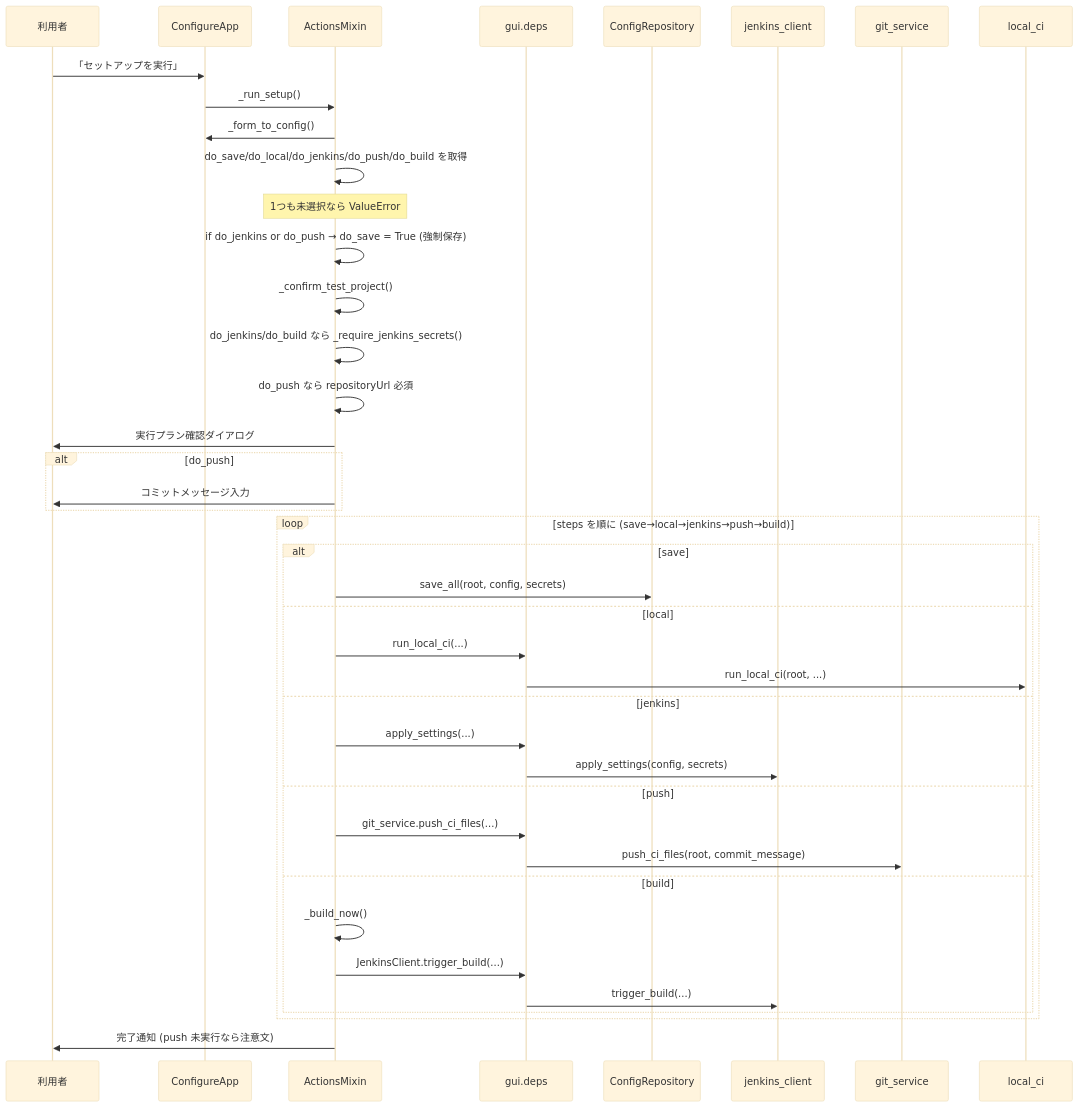
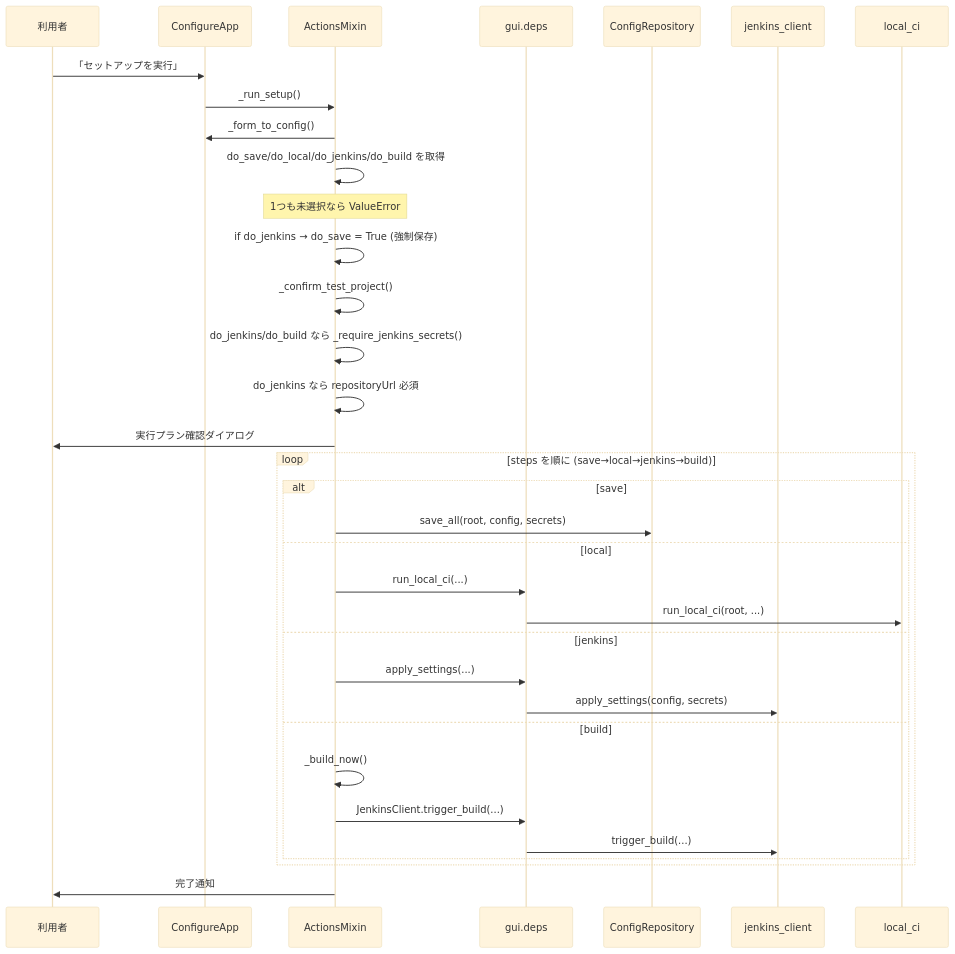
The eighth of 12 diagrams in docs/DESIGN.md (gt-ynakamatsu/ci-setup-tool), drawn with Mermaid (base theme) before and after one commit. The commit also changed other lines of this file and 17 other files, not shown here.

First line of the commit message:
Remove GUI Git push; CI lives only in the Jenkins job.

````diff
--- a/docs/DESIGN.md
+++ b/docs/DESIGN.md
@@ -857,44 +852,37 @@
 ```mermaid
 sequenceDiagram
     participant U as 利用者
     participant App as ConfigureApp
     participant Ops as ActionsMixin
     participant Deps as gui.deps
     participant Repo as ConfigRepository
     participant JC as jenkins_client
-    participant GS as git_service
     participant LC as local_ci
 
     U->>App: 「セットアップを実行」
     App->>Ops: _run_setup()
     Ops->>App: _form_to_config()
-    Ops->>Ops: do_save/do_local/do_jenkins/do_push/do_build を取得
+    Ops->>Ops: do_save/do_local/do_jenkins/do_build を取得
     Note over Ops: 1つも未選択なら ValueError
-    Ops->>Ops: if do_jenkins or do_push → do_save = True (強制保存)
+    Ops->>Ops: if do_jenkins → do_save = True (強制保存)
     Ops->>Ops: _confirm_test_project()
     Ops->>Ops: do_jenkins/do_build なら _require_jenkins_secrets()
-    Ops->>Ops: do_push なら repositoryUrl 必須
+    Ops->>Ops: do_jenkins なら repositoryUrl 必須
     Ops->>U: 実行プラン確認ダイアログ
-    alt do_push
-        Ops->>U: コミットメッセージ入力
-    end
-    loop steps を順に (save→local→jenkins→push→build)
+    loop steps を順に (save→local→jenkins→build)
         alt save
             Ops->>Repo: save_all(root, config, secrets)
         else local
             Ops->>Deps: run_local_ci(...)
             Deps->>LC: run_local_ci(root, ...)
         else jenkins
             Ops->>Deps: apply_settings(...)
             Deps->>JC: apply_settings(config, secrets)
-        else push
-            Ops->>Deps: git_service.push_ci_files(...)
-            Deps->>GS: push_ci_files(root, commit_message)
         else build
             Ops->>Ops: _build_now()
             Ops->>Deps: JenkinsClient.trigger_build(...)
             Deps->>JC: trigger_build(...)
         end
     end
-    Ops->>U: 完了通知 (push 未実行なら注意文)
+    Ops->>U: 完了通知
 ```
````
